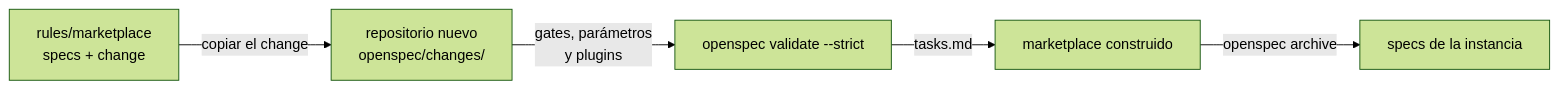
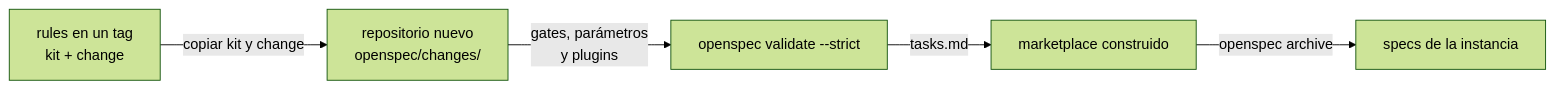
Before and after one commit to incognia/rules: the diagram in marketplace/README.md, drawn with Mermaid (forest theme). The commit also changed other lines of this file and 9 other files, not shown here.

````diff
--- a/marketplace/README.md
+++ b/marketplace/README.md
@@ -97,7 +104,7 @@
 ```mermaid
 flowchart LR
-    A["rules/marketplace<br/>specs + change"] -->|copiar el change| B["repositorio nuevo<br/>openspec/changes/"]
+    A["rules en un tag<br/>kit + change"] -->|copiar kit y change| B["repositorio nuevo<br/>openspec/changes/"]
     B -->|gates, parámetros<br/>y plugins| C["openspec validate --strict"]
     C -->|tasks.md| D["marketplace construido"]
     D -->|openspec archive| E["specs de la instancia"]
 ```
````
